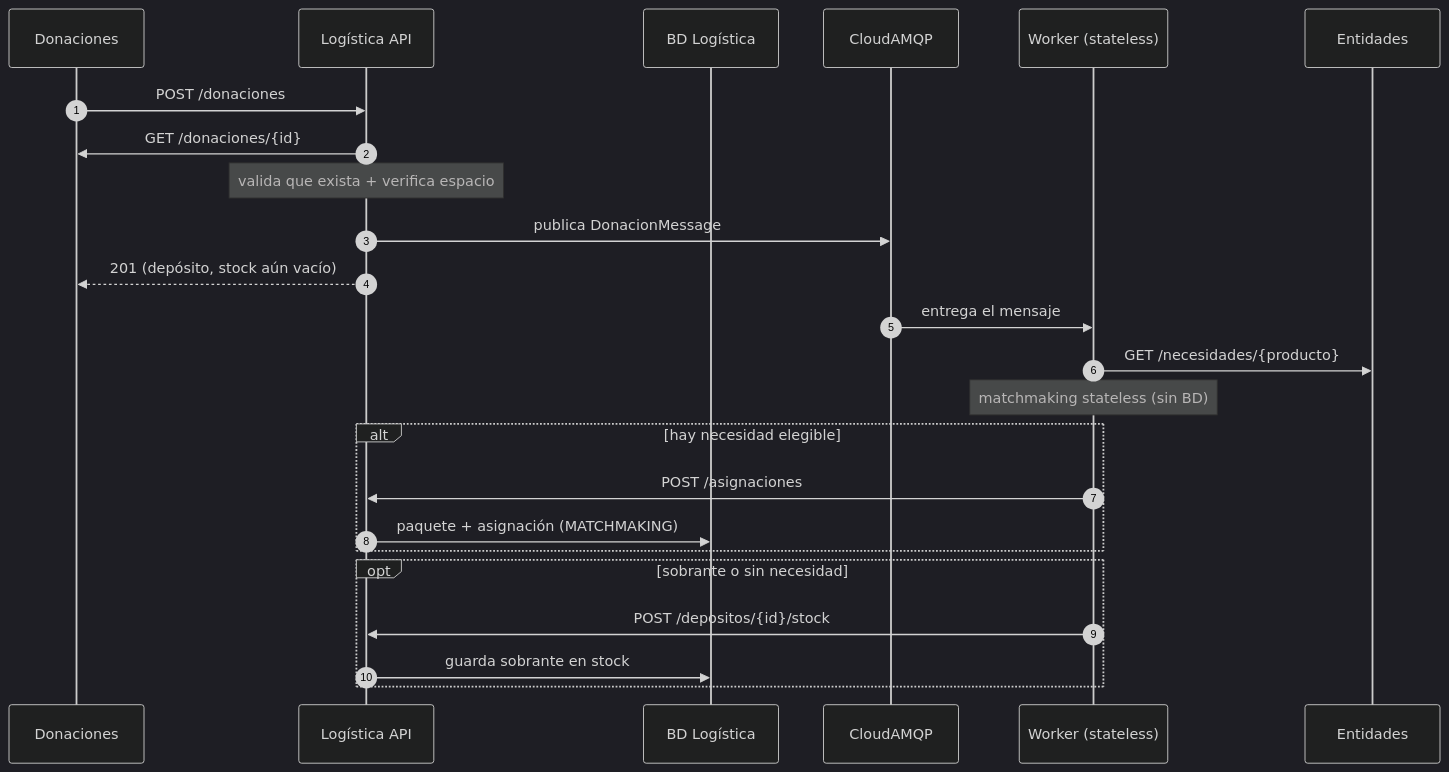
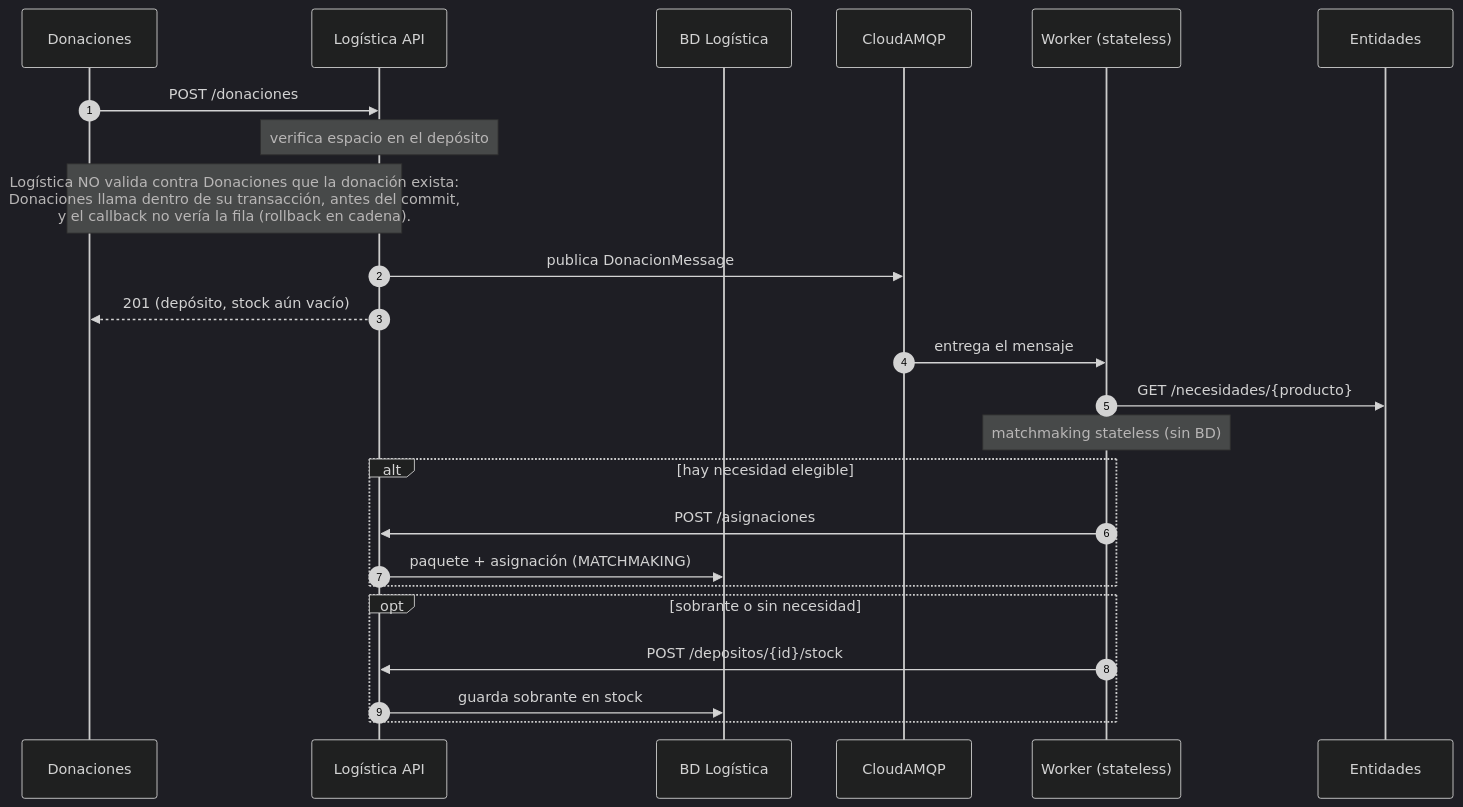
One commit to 2026-ddsi-tpa-CodeandoAprobados/Logistica changed the first of 3 diagrams in docs/entrega-4-logistica.md. Above: the diagram before and after it, drawn with Mermaid (dark theme). The commit also changed other lines of this file, not shown here.

Commit message:
Cambios de los diagramas

````diff
--- a/docs/entrega-4-logistica.md
+++ b/docs/entrega-4-logistica.md
@@ -33,26 +33,26 @@
 ```mermaid
 sequenceDiagram
     autonumber
     participant Don as Donaciones
     participant Log as Logística API
     participant DB as BD Logística
     participant MQ as CloudAMQP
     participant Wk as Worker (stateless)
     participant Ent as Entidades
     Don->>Log: POST /donaciones
-    Log->>Don: GET /donaciones/{id}
-    Note over Log: valida que exista + verifica espacio
+    Note over Log: verifica espacio en el depósito
+    Note over Log,Don: Logística NO valida contra Donaciones que la donación exista:<br/>Donaciones llama dentro de su transacción, antes del commit,<br/>y el callback no vería la fila (rollback en cadena).
     Log->>MQ: publica DonacionMessage
     Log-->>Don: 201 (depósito, stock aún vacío)
     MQ->>Wk: entrega el mensaje
     Wk->>Ent: GET /necesidades/{producto}
     Note over Wk: matchmaking stateless (sin BD)
     alt hay necesidad elegible
         Wk->>Log: POST /asignaciones
         Log->>DB: paquete + asignación (MATCHMAKING)
     end
     opt sobrante o sin necesidad
         Wk->>Log: POST /depositos/{id}/stock
         Log->>DB: guarda sobrante en stock
     end
 ```
````
